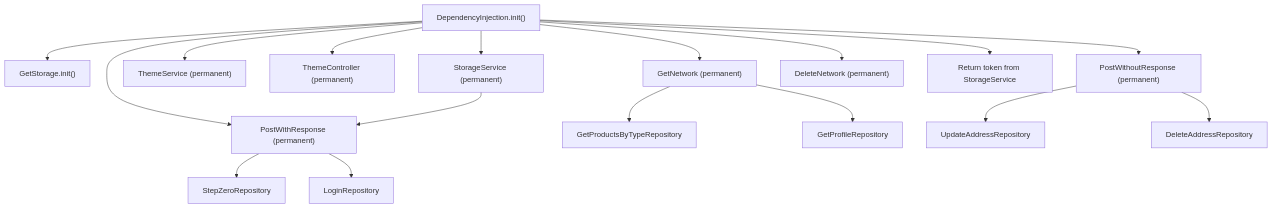
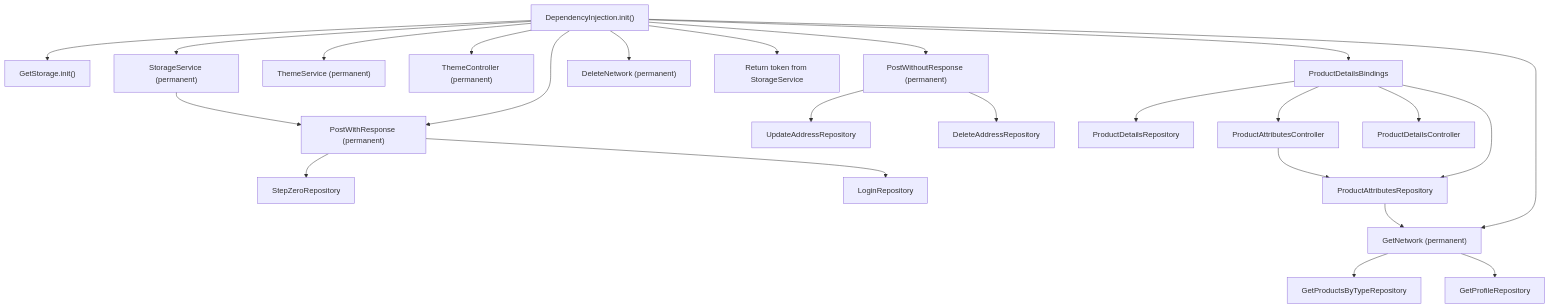
One commit to Ariful3111/FurniGo changed diagram 12 of 13 in .qoder/repowiki/en/content/Architecture Overview/Data Layer Architecture.md. Above: the diagram before and after it, drawn with Mermaid. The commit also changed other lines of this file and 13 other files, not shown here.

````diff
--- a/.qoder/repowiki/en/content/Architecture Overview/Data Layer Architecture.md
+++ b/.qoder/repowiki/en/content/Architecture Overview/Data Layer Architecture.md
@@ -769,19 +934,26 @@
 ```mermaid
 flowchart TD
 DI["DependencyInjection.init()"] --> GS["GetStorage.init()"]
 DI --> SN["StorageService (permanent)"]
 DI --> TN["ThemeService (permanent)"]
 DI --> TH["ThemeController (permanent)"]
 DI --> GN["GetNetwork (permanent)"]
 DI --> PW["PostWithResponse (permanent)"]
 DI --> PWO["PostWithoutResponse (permanent)"]
 DI --> DN["DeleteNetwork (permanent)"]
 DI --> TK["Return token from StorageService"]
 SN --> PW
 PW --> SZR["StepZeroRepository"]
 PW --> LR["LoginRepository"]
 GN --> GPSR["GetProductsByTypeRepository"]
 GN --> GPR["GetProfileRepository"]
 PWO --> UAR["UpdateAddressRepository"]
 PWO --> DAR["DeleteAddressRepository"]
+DI --> PDB["ProductDetailsBindings"]
+PDB --> PAR["ProductAttributesRepository"]
+PDB --> PDR["ProductDetailsRepository"]
+PDB --> PAC["ProductAttributesController"]
+PDB --> PDC["ProductDetailsController"]
+PAR --> GN
+PAC --> PAR
 ```
````
